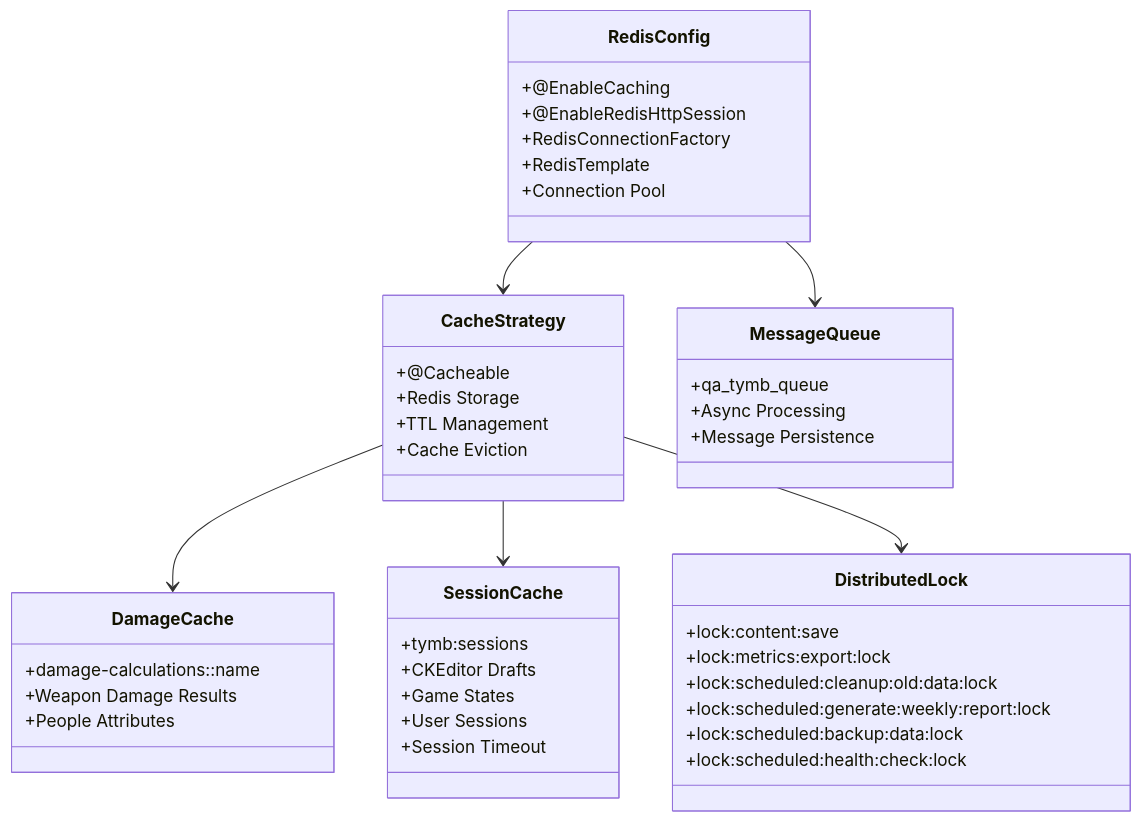
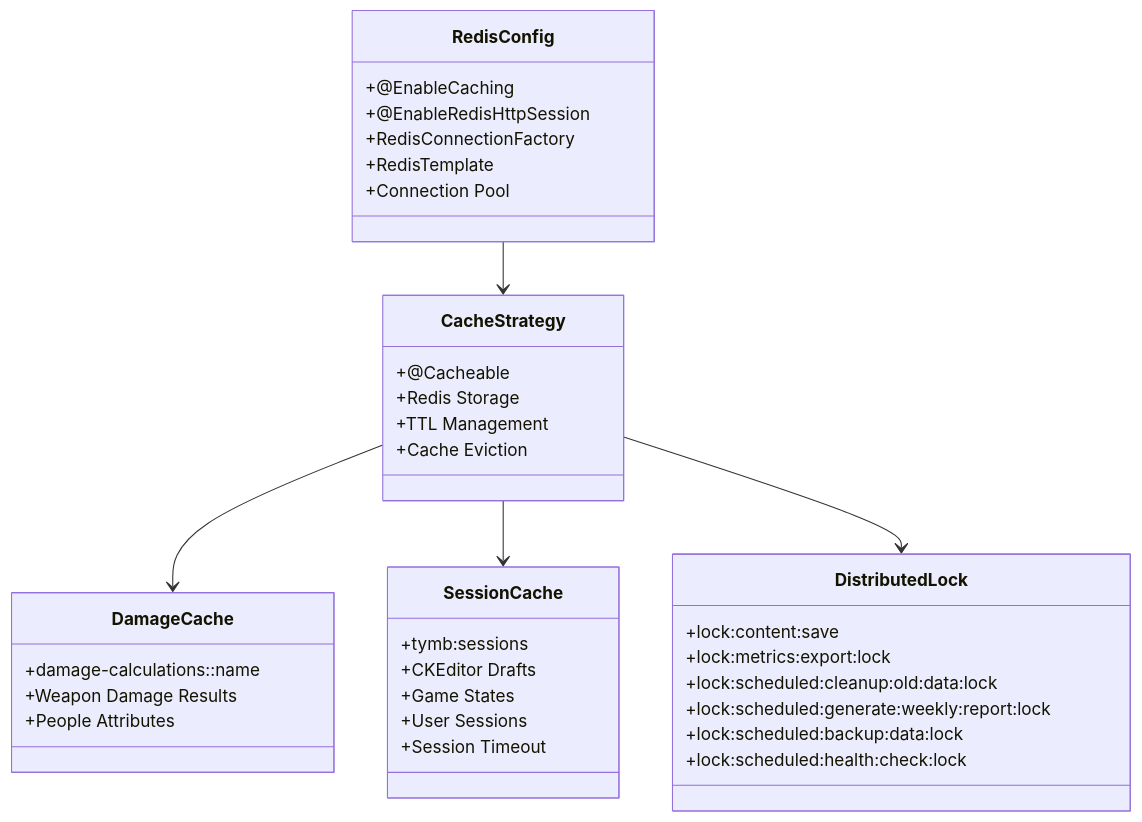
The third of 5 diagrams in README.md (Vinskao/ty-multiverse-backend), drawn with Mermaid before and after one commit. The commit also changed other lines of this file and 4 other files, not shown here.

````diff
--- a/README.md
+++ b/README.md
@@ -409,52 +179,45 @@
 ```mermaid
 classDiagram
     class RedisConfig {
         +@EnableCaching
         +@EnableRedisHttpSession
         +RedisConnectionFactory
         +RedisTemplate
         +Connection Pool
     }
     
     class CacheStrategy {
         +@Cacheable
         +Redis Storage
         +TTL Management
         +Cache Eviction
     }
     
     class DamageCache {
         +damage-calculations::name
         +Weapon Damage Results
         +People Attributes
     }
     
     class SessionCache {
         +tymb:sessions
         +CKEditor Drafts
         +Game States
         +User Sessions
         +Session Timeout
     }
     
     class DistributedLock {
         +lock:content:save
         +lock:metrics:export:lock
         +lock:scheduled:cleanup:old:data:lock
         +lock:scheduled:generate:weekly:report:lock
         +lock:scheduled:backup:data:lock
         +lock:scheduled:health:check:lock
     }
     
-    class MessageQueue {
-        +qa_tymb_queue
-        +Async Processing
-        +Message Persistence
-    }
-    
     RedisConfig --> CacheStrategy
     CacheStrategy --> DamageCache
     CacheStrategy --> SessionCache
     CacheStrategy --> DistributedLock
-    RedisConfig --> MessageQueue
 ```
````
